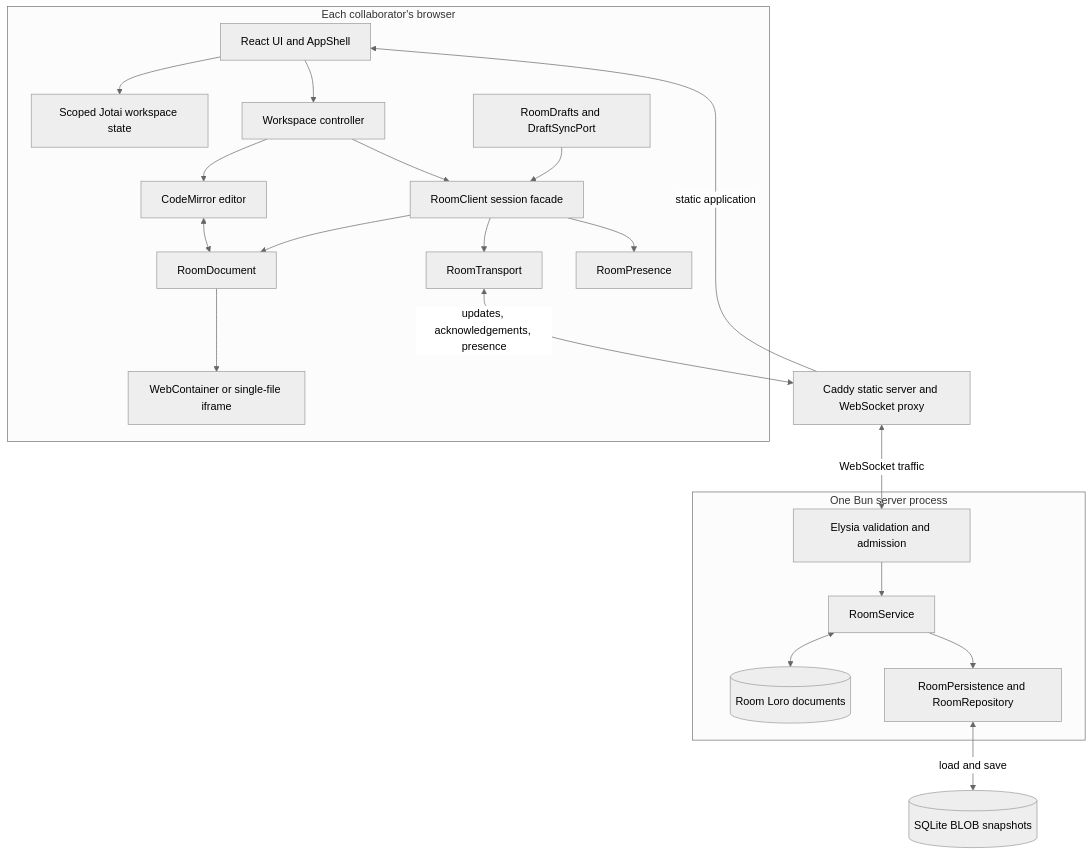
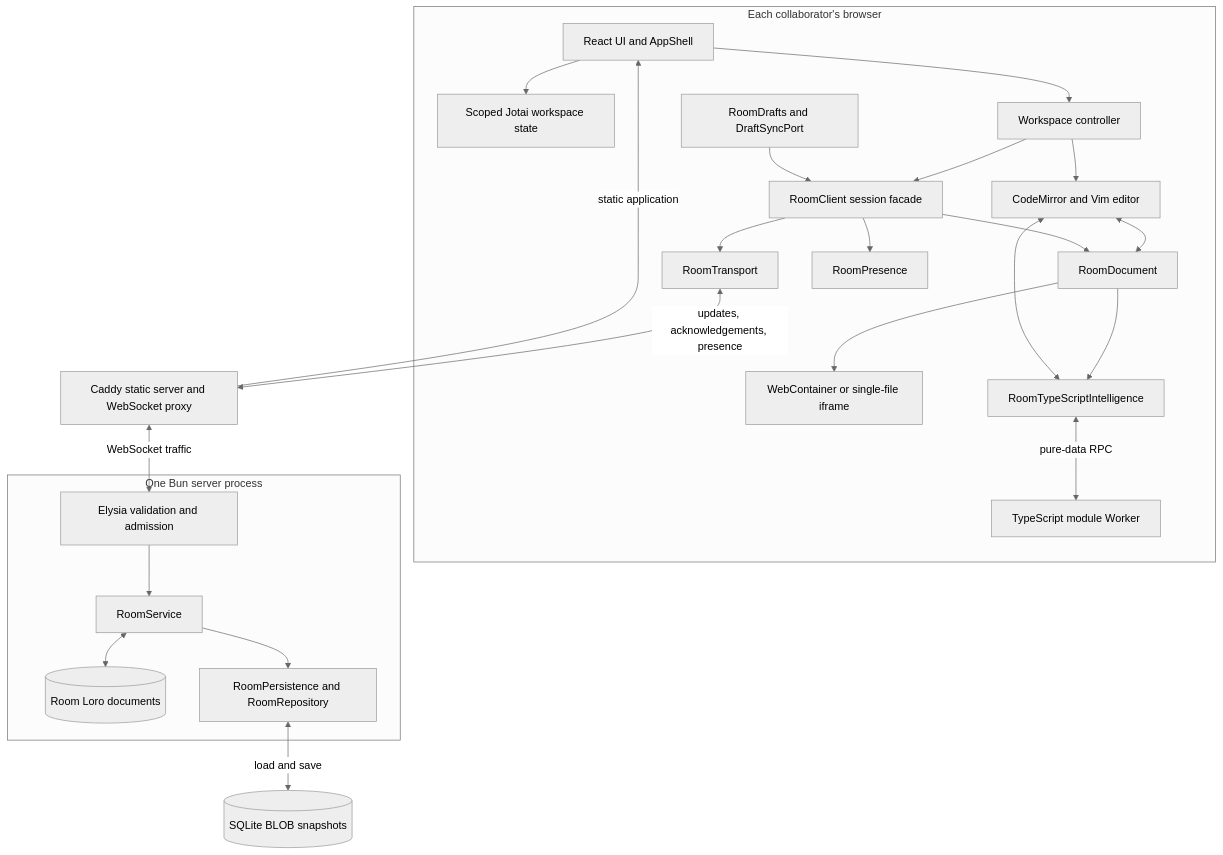
The first of 8 diagrams in docs/architecture.md (BBboy01/Tsugite), drawn with Mermaid (neutral theme) before and after one commit. The commit also changed other lines of this file and 57 other files, not shown here.

First line of the commit message:
feat(editor): Sync project types and complete Worker migration (#78)

````diff
--- a/docs/architecture.md
+++ b/docs/architecture.md
@@ -9,40 +9,45 @@
 ```mermaid
 flowchart TB
   subgraph Browser["Each collaborator's browser"]
     Web["React UI and AppShell"]
     Workspace["Scoped Jotai workspace state"]
-    Editor["CodeMirror editor"]
+    Editor["CodeMirror and Vim editor"]
     Controller["Workspace controller"]
     Session["RoomClient session facade"]
     Transport["RoomTransport"]
     Document["RoomDocument"]
     Presence["RoomPresence"]
     Drafts["RoomDrafts and DraftSyncPort"]
     Preview["WebContainer or single-file iframe"]
+    Intelligence["RoomTypeScriptIntelligence"]
+    TypeScript["TypeScript module Worker"]
     Web --> Workspace
     Web --> Controller
     Controller --> Editor
     Controller --> Session
     Editor <--> Document
     Session --> Transport
     Session --> Document
     Session --> Presence
     Drafts --> Session
     Document --> Preview
+    Document --> Intelligence
+    Editor <--> Intelligence
+    Intelligence <-->|pure-data RPC| TypeScript
   end
   Proxy["Caddy static server and WebSocket proxy"]
   subgraph Backend["One Bun server process"]
     Server["Elysia validation and admission"]
     Room["RoomService"]
     ServerDocument[("Room Loro documents")]
     Persistence["RoomPersistence and RoomRepository"]
     Server --> Room
     Room <--> ServerDocument
     Room --> Persistence
   end
   Database[("SQLite BLOB snapshots")]
   Proxy -->|static application| Web
   Transport <-->|updates, acknowledgements, presence| Proxy
   Proxy <-->|WebSocket traffic| Server
   Persistence <-->|load and save| Database
 ```
````
